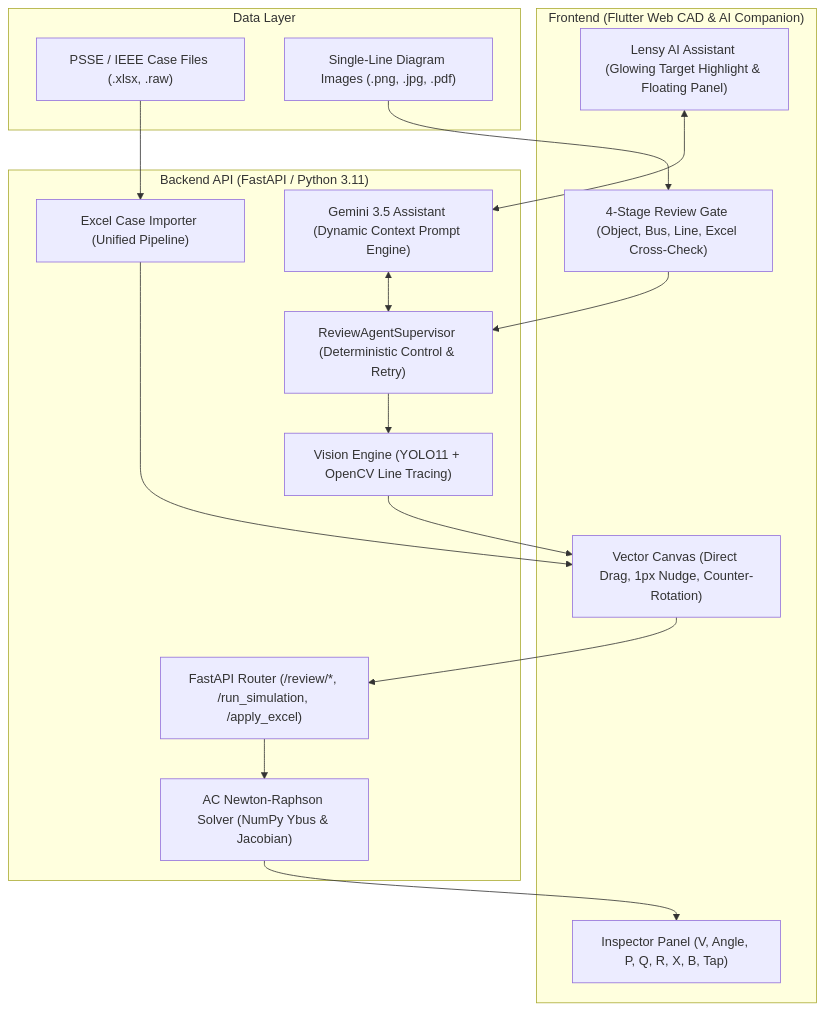
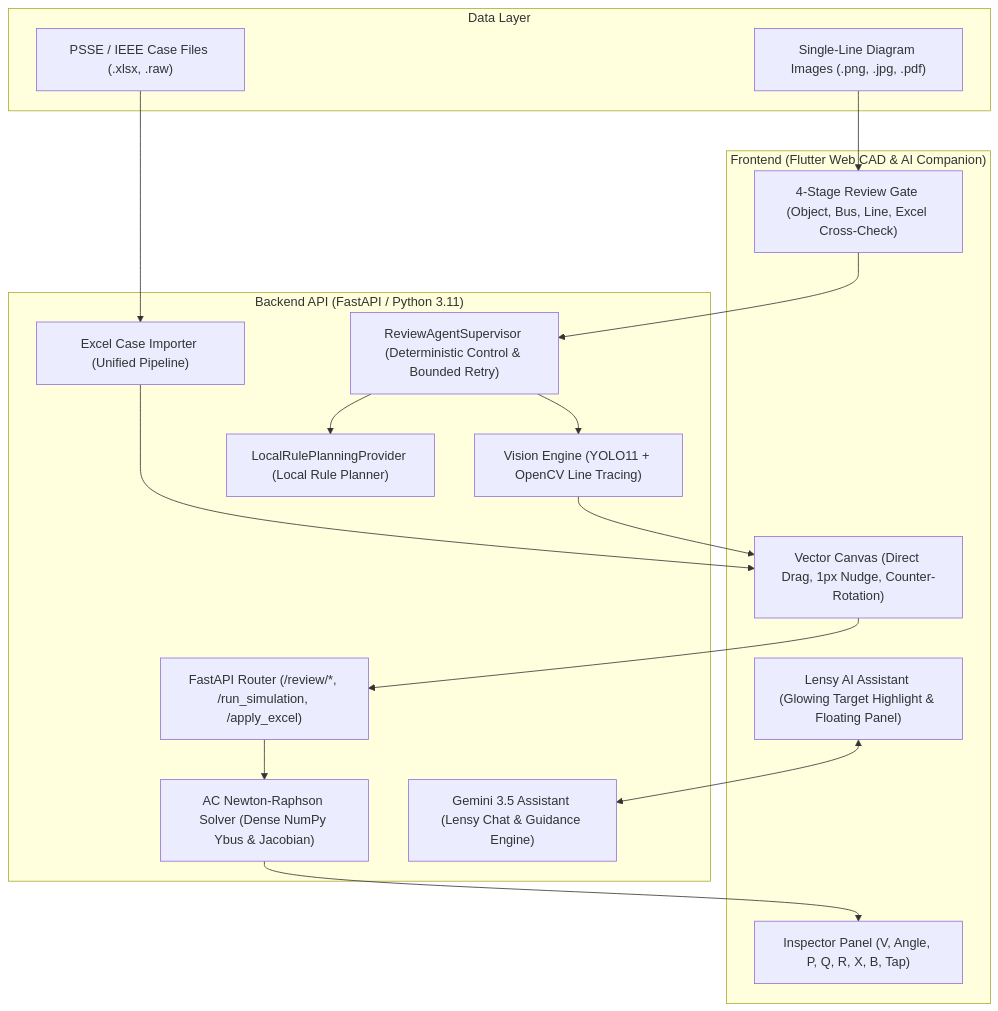
One commit to dptjddl285-ship-it/Powerflow-calculator changed the diagram in README.md. Above: the diagram before and after it, drawn with Mermaid. The commit also changed other lines of this file and 5 other files, not shown here.

````diff
--- a/README.md
+++ b/README.md
@@ -97,35 +105,36 @@
 ```mermaid
 flowchart TB
     subgraph Client ["Frontend (Flutter Web CAD & AI Companion)"]
         UI["Vector Canvas (Direct Drag, 1px Nudge, Counter-Rotation)"]
         Review["4-Stage Review Gate (Object, Bus, Line, Excel Cross-Check)"]
         Inspector["Inspector Panel (V, Angle, P, Q, R, X, B, Tap)"]
         Lensy["Lensy AI Assistant (Glowing Target Highlight & Floating Panel)"]
     end
 
     subgraph Server ["Backend API (FastAPI / Python 3.11)"]
         Router["FastAPI Router (/review/*, /run_simulation, /apply_excel)"]
-        Supervisor["ReviewAgentSupervisor (Deterministic Control & Retry)"]
-        Agent["Gemini 3.5 Assistant (Dynamic Context Prompt Engine)"]
+        Supervisor["ReviewAgentSupervisor (Deterministic Control & Bounded Retry)"]
+        Planner["LocalRulePlanningProvider (Local Rule Planner)"]
+        Agent["Gemini 3.5 Assistant (Lensy Chat & Guidance Engine)"]
         CV["Vision Engine (YOLO11 + OpenCV Line Tracing)"]
         Importer["Excel Case Importer (Unified Pipeline)"]
-        Solver["AC Newton-Raphson Solver (NumPy Ybus & Jacobian)"]
+        Solver["AC Newton-Raphson Solver (Dense NumPy Ybus & Jacobian)"]
     end
 
     subgraph Data ["Data Layer"]
         Excel["PSSE / IEEE Case Files (.xlsx, .raw)"]
         Diagram["Single-Line Diagram Images (.png, .jpg, .pdf)"]
     end
 
     Diagram --> Review
     Review --> Supervisor
+    Supervisor --> Planner
     Supervisor --> CV
     Lensy <--> Agent
-    Agent <--> Supervisor
     Excel --> Importer
     CV --> UI
     Importer --> UI
     UI --> Router
     Router --> Solver
     Solver --> Inspector
 ```
````
